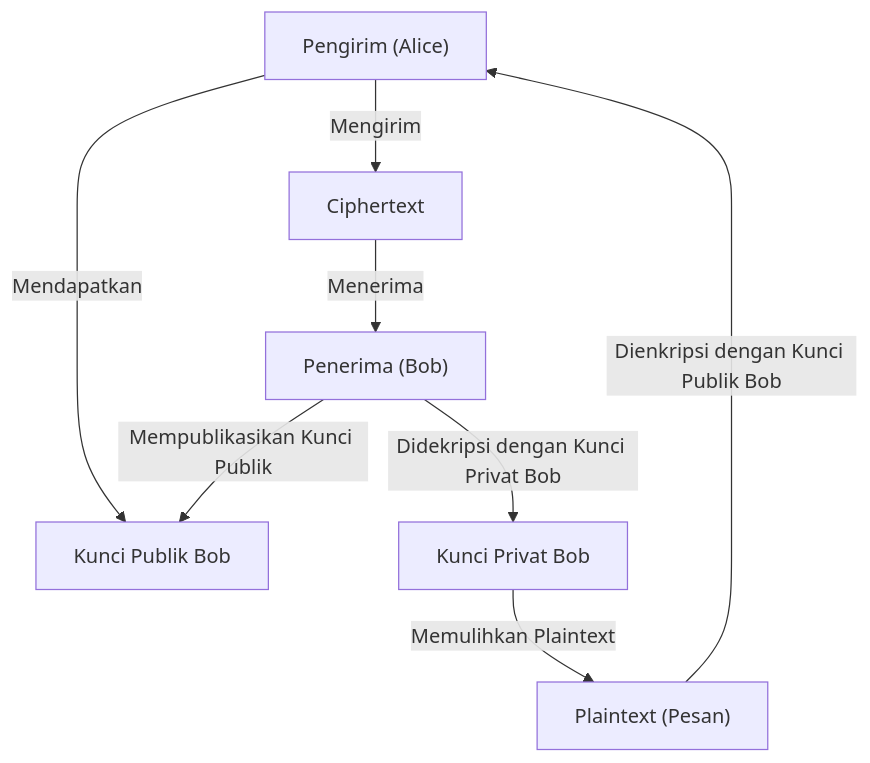
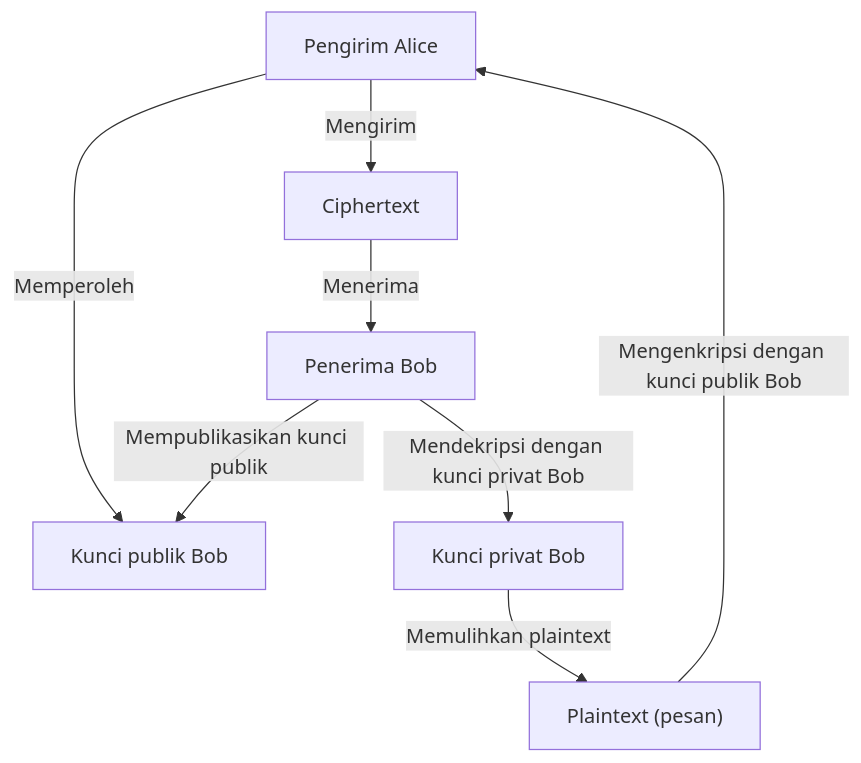
Before and after one commit to kenjinote/blog: the first of 3 diagrams in content/post/modern-cryptography-public-key-hash-signature/index.id.md, drawn with Mermaid. The commit also changed other lines of this file and 6 other files, not shown here.

````diff
--- a/content/post/modern-cryptography-public-key-hash-signature/index.id.md
+++ b/content/post/modern-cryptography-public-key-hash-signature/index.id.md
@@ -37,17 +36,16 @@
 ```mermaid
 graph TD
-    A["Pengirim (Alice)"]
-    B["Penerima (Bob)"]
-    K_Pub["Kunci Publik Bob"]
-    K_Priv["Kunci Privat Bob"]
-    P["Plaintext (Pesan)"]
+    A["Pengirim Alice"]
+    B["Penerima Bob"]
+    K_Pub["Kunci publik Bob"]
+    K_Priv["Kunci privat Bob"]
+    P["Plaintext (pesan)"]
     C["Ciphertext"]
-
-    B -->|"Mempublikasikan Kunci Publik"| K_Pub
-    A -->|"Mendapatkan"| K_Pub
-    P -->|"Dienkripsi dengan Kunci Publik Bob"| A
+    B -->|"Mempublikasikan kunci publik"| K_Pub
+    A -->|"Memperoleh"| K_Pub
+    P -->|"Mengenkripsi dengan kunci publik Bob"| A
     A -->|"Mengirim"| C
     C -->|"Menerima"| B
-    B -->|"Didekripsi dengan Kunci Privat Bob"| K_Priv
-    K_Priv -->|"Memulihkan Plaintext"| P
+    B -->|"Mendekripsi dengan kunci privat Bob"| K_Priv
+    K_Priv -->|"Memulihkan plaintext"| P
 ```
````
